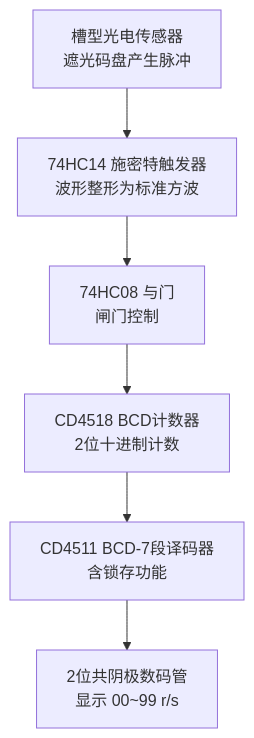
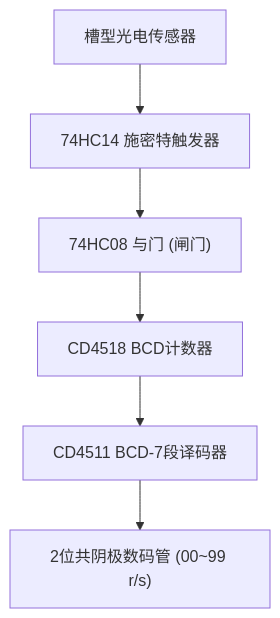
One commit to Ygreece/motor-pwm-controller changed the second of 3 diagrams in README.md. Above: the diagram before and after it, drawn with Mermaid. The commit also changed other lines of this file and 1 other file, not shown here.

Commit message:
fix: 移除Mermaid标签中的换行符

````diff
--- a/README.md
+++ b/README.md
@@ -38,8 +38,8 @@
 ```mermaid
 graph TD
-    A["槽型光电传感器\n遮光码盘产生脉冲"] --> B["74HC14 施密特触发器\n波形整形为标准方波"]
-    B --> C["74HC08 与门\n闸门控制"]
-    C --> D["CD4518 BCD计数器\n2位十进制计数"]
-    D --> E["CD4511 BCD-7段译码器\n含锁存功能"]
-    E --> F["2位共阴极数码管\n显示 00~99 r/s"]
+    A["槽型光电传感器"] --> B["74HC14 施密特触发器"]
+    B --> C["74HC08 与门 (闸门)"]
+    C --> D["CD4518 BCD计数器"]
+    D --> E["CD4511 BCD-7段译码器"]
+    E --> F["2位共阴极数码管 (00~99 r/s)"]
 ```
````
